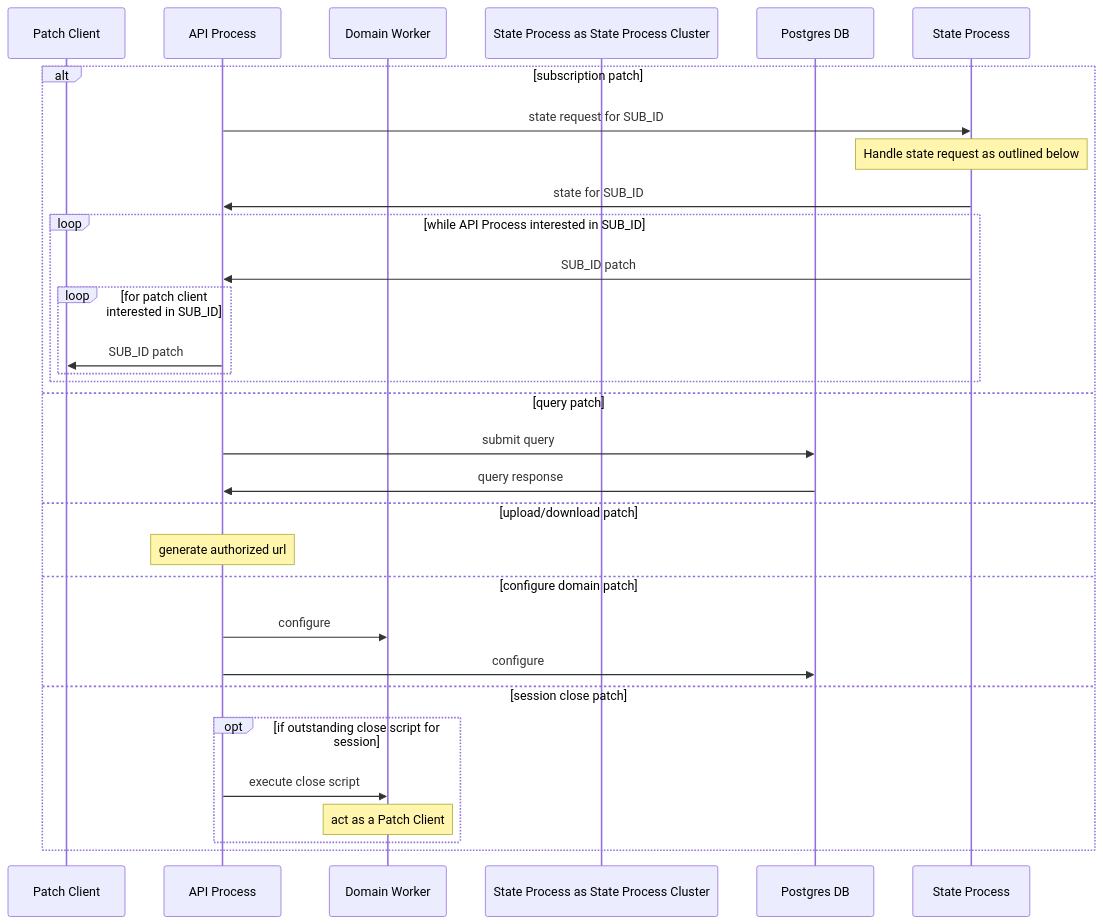
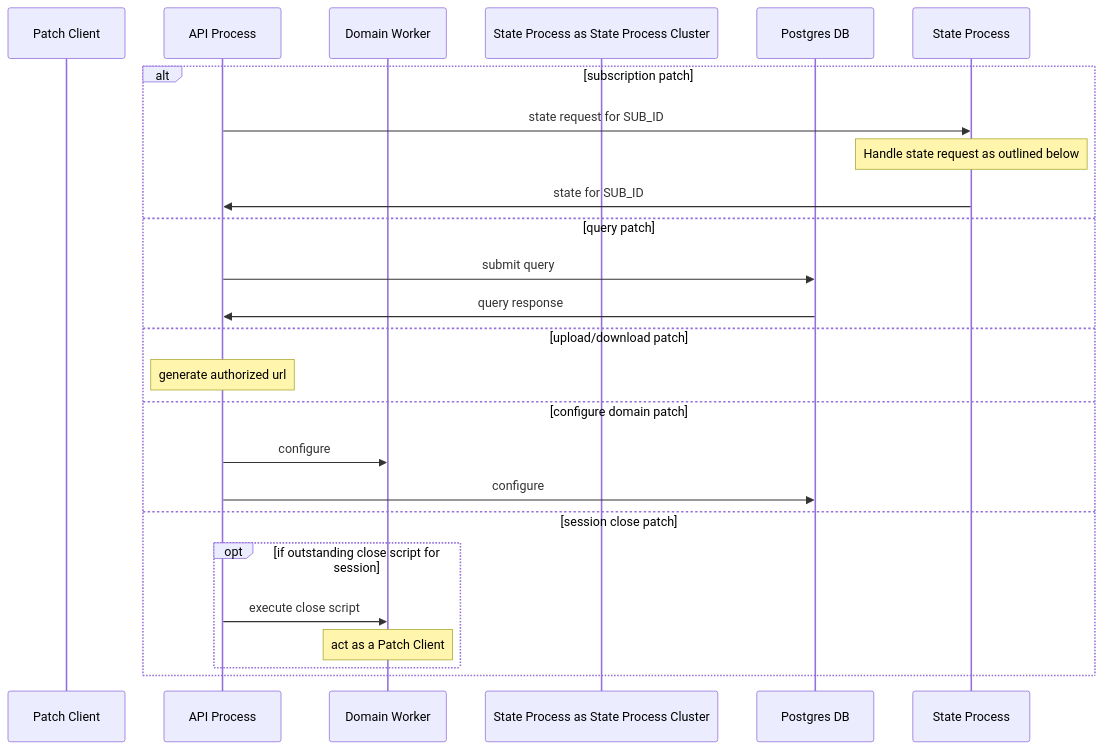
The second of 2 diagrams in README.md (knowlearning/platform), drawn with Mermaid before and after one commit. The commit also changed other lines of this file, not shown here.

Commit message:
Move subscription spec to first sequence diagram

````diff
--- a/README.md
+++ b/README.md
@@ -70,33 +76,27 @@
 ```mermaid
 sequenceDiagram
   participant Patch Client
   participant API Process
   participant Domain Worker
   participant State Process as State Process Cluster
   participant Postgres DB
 
   alt subscription patch
     API Process ->> State Process: state request for SUB_ID
     Note over State Process: Handle state request as outlined below
     State Process ->> API Process: state for SUB_ID
-    loop while API Process interested in SUB_ID
-      State Process ->> API Process: SUB_ID patch
-      loop for patch client interested in SUB_ID
-        API Process ->> Patch Client: SUB_ID patch
-      end
-    end
   else query patch
     API Process ->> Postgres DB: submit query
     Postgres DB ->> API Process: query response
   else upload/download patch
     Note over API Process: generate authorized url
   else configure domain patch
     API Process ->> Domain Worker: configure
     API Process ->> Postgres DB: configure
   else session close patch
     opt if outstanding close script for session
       API Process ->> Domain Worker: execute close script
       Note over Domain Worker: act as a Patch Client
     end
   end
 ```
````
